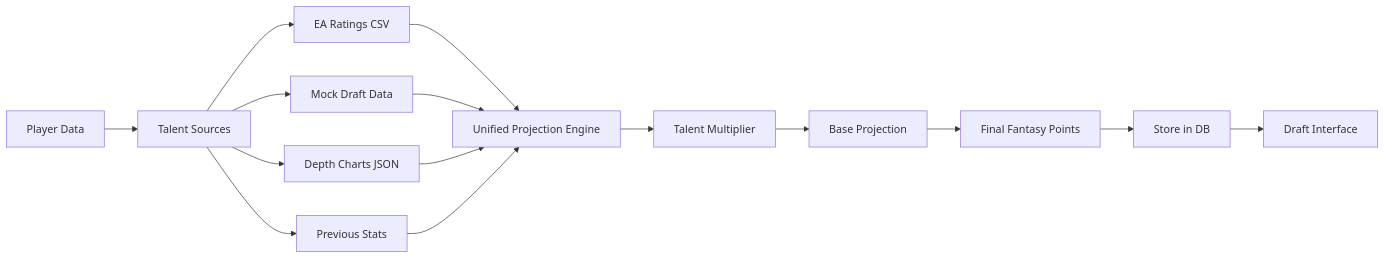
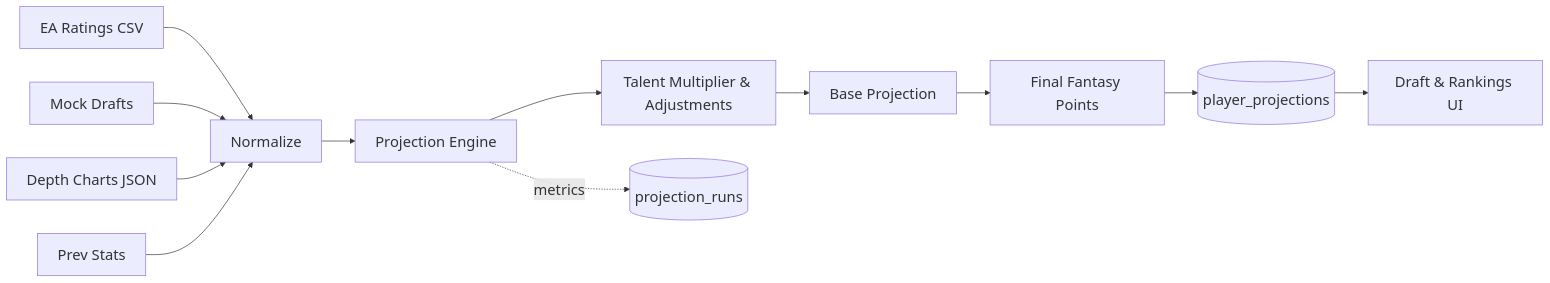
Before and after one commit to kpm34/college-football-fantasy-app: the fifth of 6 diagrams in docs/DATA_FLOW.md, drawn with Mermaid.

Commit message:
docs(diagram): update projections flow to include normalize → engine → components → player_projections + projection_runs metrics

````diff
--- a/docs/DATA_FLOW.md
+++ b/docs/DATA_FLOW.md
@@ -103,17 +103,15 @@
 ```mermaid
-graph LR
-    A[Player Data] --> B[Talent Sources]
-    B --> C[EA Ratings CSV]
-    B --> D[Mock Draft Data]
-    B --> E[Depth Charts JSON]
-    B --> F[Previous Stats]
-    C --> G[Unified Projection Engine]
-    D --> G
-    E --> G
-    F --> G
-    G --> H[Talent Multiplier]
-    H --> I[Base Projection]
-    I --> J[Final Fantasy Points]
-    J --> K[Store in DB]
-    K --> L[Draft Interface]
+%%{init: {'themeVariables': {'fontSize': '22px'}}}%%
+flowchart LR
+  S1[EA Ratings CSV] --> N[Normalize]
+  S2[Mock Drafts] --> N
+  S3[Depth Charts JSON] --> N
+  S4[Prev Stats] --> N
+  N --> E[Projection Engine]
+  E --> M[Talent Multiplier & Adjustments]
+  M --> B[Base Projection]
+  B --> F[Final Fantasy Points]
+  F --> STORE[(player_projections)]
+  E -. metrics .-> RUNS[(projection_runs)]
+  STORE --> UI[Draft & Rankings UI]
 ```
````
